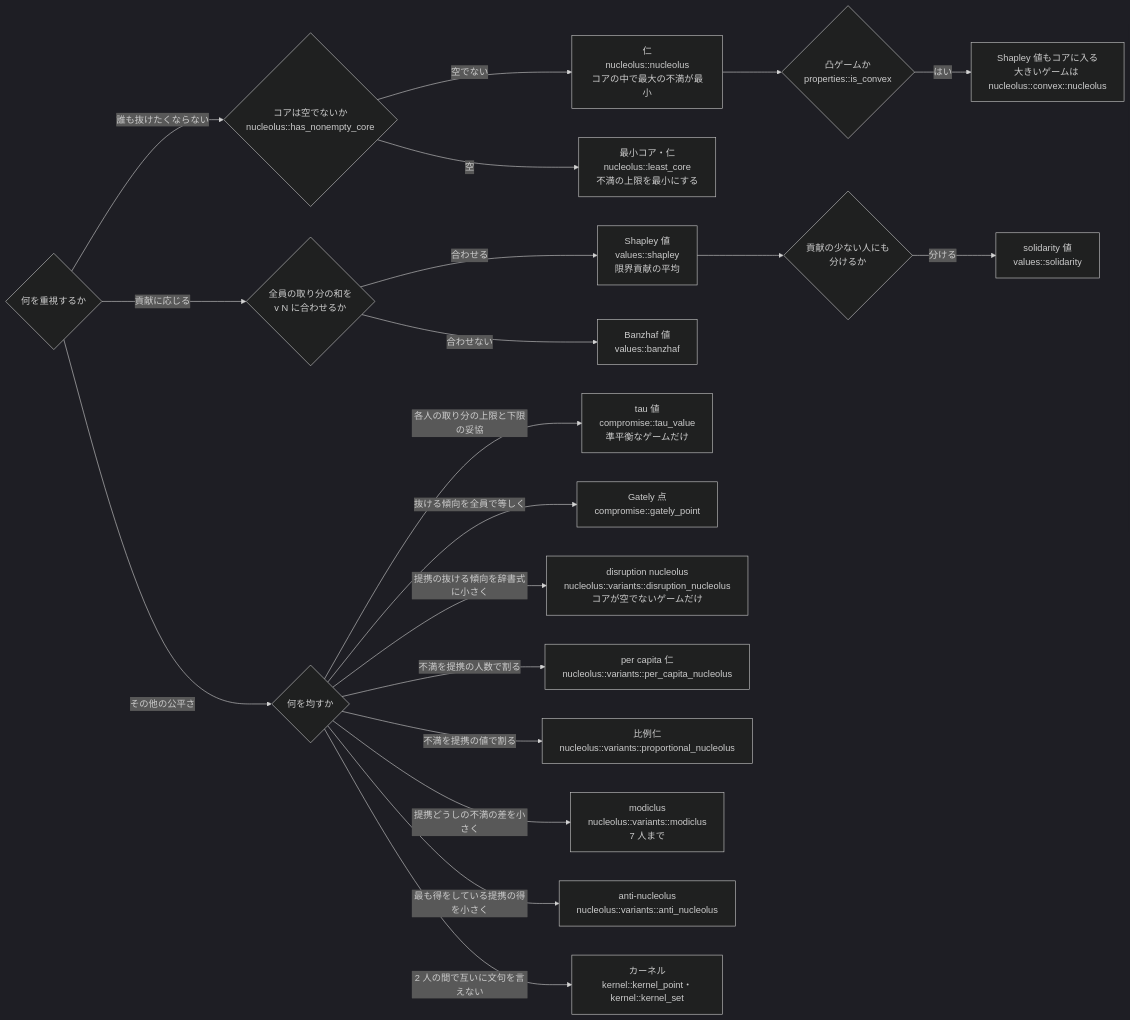
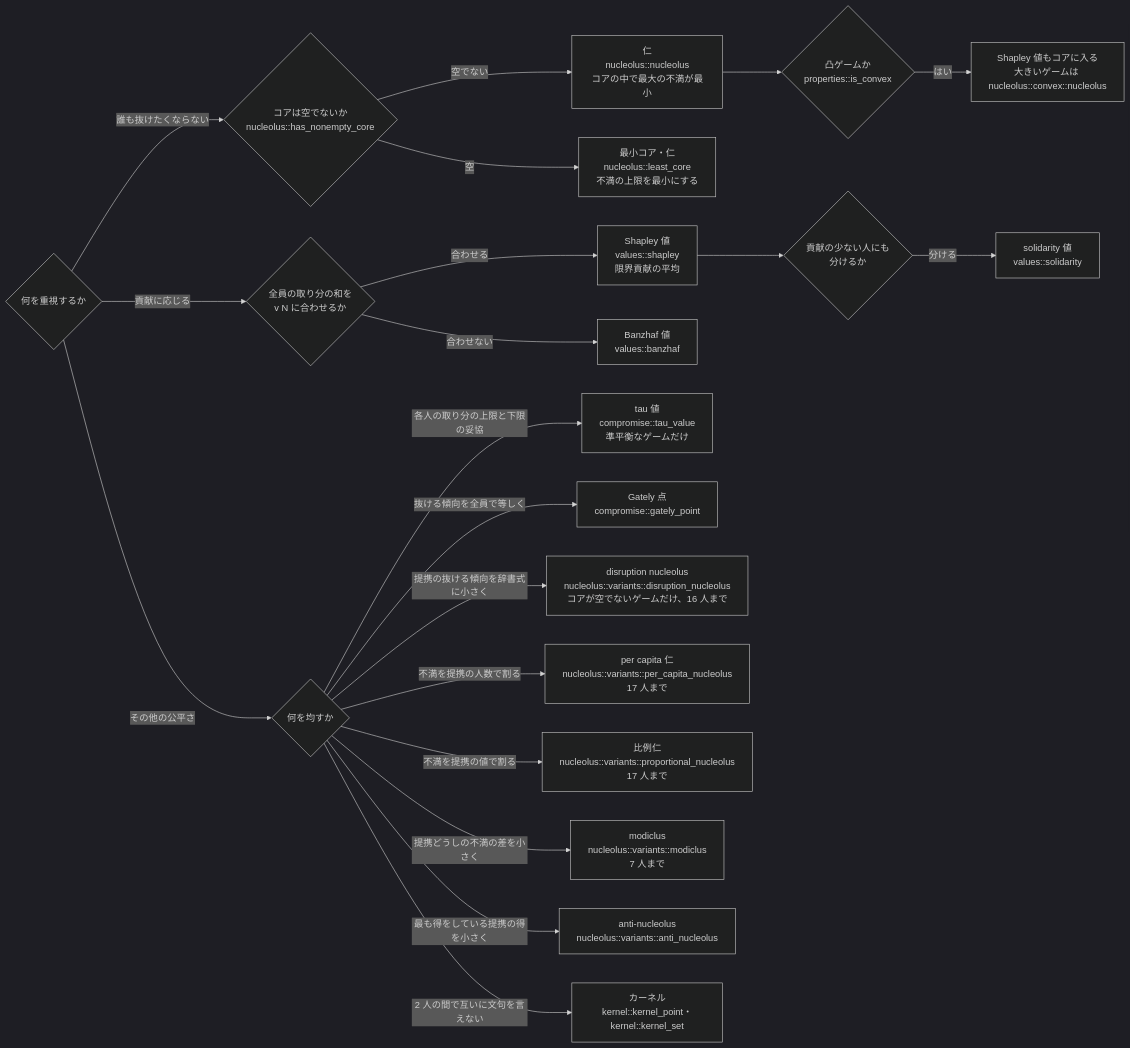
Before and after one commit to matsu7874/coopgame: the second of 3 diagrams in docs/choosing.md, drawn with Mermaid (dark theme). The commit also changed other lines of this file and 26 other files, not shown here.

````diff
--- a/docs/choosing.md
+++ b/docs/choosing.md
@@ -26,24 +26,24 @@
 ```mermaid
 flowchart LR
     q{何を重視するか} -->|誰も抜けたくならない| core{コアは空でないか<br>nucleolus::has_nonempty_core}
     core -->|空でない| nuc[仁<br>nucleolus::nucleolus<br>コアの中で最大の不満が最小]
     core -->|空| lc[最小コア・仁<br>nucleolus::least_core<br>不満の上限を最小にする]
     nuc --> convex{凸ゲームか<br>properties::is_convex}
     convex -->|はい| shapcore[Shapley 値もコアに入る<br>大きいゲームは nucleolus::convex::nucleolus]
 
     q -->|貢献に応じる| c1{全員の取り分の和を<br>v N に合わせるか}
     c1 -->|合わせる| shap[Shapley 値<br>values::shapley<br>限界貢献の平均]
     c1 -->|合わせない| banz[Banzhaf 値<br>values::banzhaf]
     shap --> c2{貢献の少ない人にも<br>分けるか}
     c2 -->|分ける| sol[solidarity 値<br>values::solidarity]
 
     q -->|その他の公平さ| o1{何を均すか}
     o1 -->|各人の取り分の上限と下限の妥協| tau[tau 値<br>compromise::tau_value<br>準平衡なゲームだけ]
     o1 -->|抜ける傾向を全員で等しく| gately[Gately 点<br>compromise::gately_point]
-    o1 -->|提携の抜ける傾向を辞書式に小さく| disr[disruption nucleolus<br>nucleolus::variants::disruption_nucleolus<br>コアが空でないゲームだけ]
-    o1 -->|不満を提携の人数で割る| pc[per capita 仁<br>nucleolus::variants::per_capita_nucleolus]
-    o1 -->|不満を提携の値で割る| prop[比例仁<br>nucleolus::variants::proportional_nucleolus]
+    o1 -->|提携の抜ける傾向を辞書式に小さく| disr[disruption nucleolus<br>nucleolus::variants::disruption_nucleolus<br>コアが空でないゲームだけ、16 人まで]
+    o1 -->|不満を提携の人数で割る| pc[per capita 仁<br>nucleolus::variants::per_capita_nucleolus<br>17 人まで]
+    o1 -->|不満を提携の値で割る| prop[比例仁<br>nucleolus::variants::proportional_nucleolus<br>17 人まで]
     o1 -->|提携どうしの不満の差を小さく| modi[modiclus<br>nucleolus::variants::modiclus<br>7 人まで]
     o1 -->|最も得をしている提携の得を小さく| anti[anti-nucleolus<br>nucleolus::variants::anti_nucleolus]
     o1 -->|2 人の間で互いに文句を言えない| ker[カーネル<br>kernel::kernel_point・kernel::kernel_set]
 ```
````
